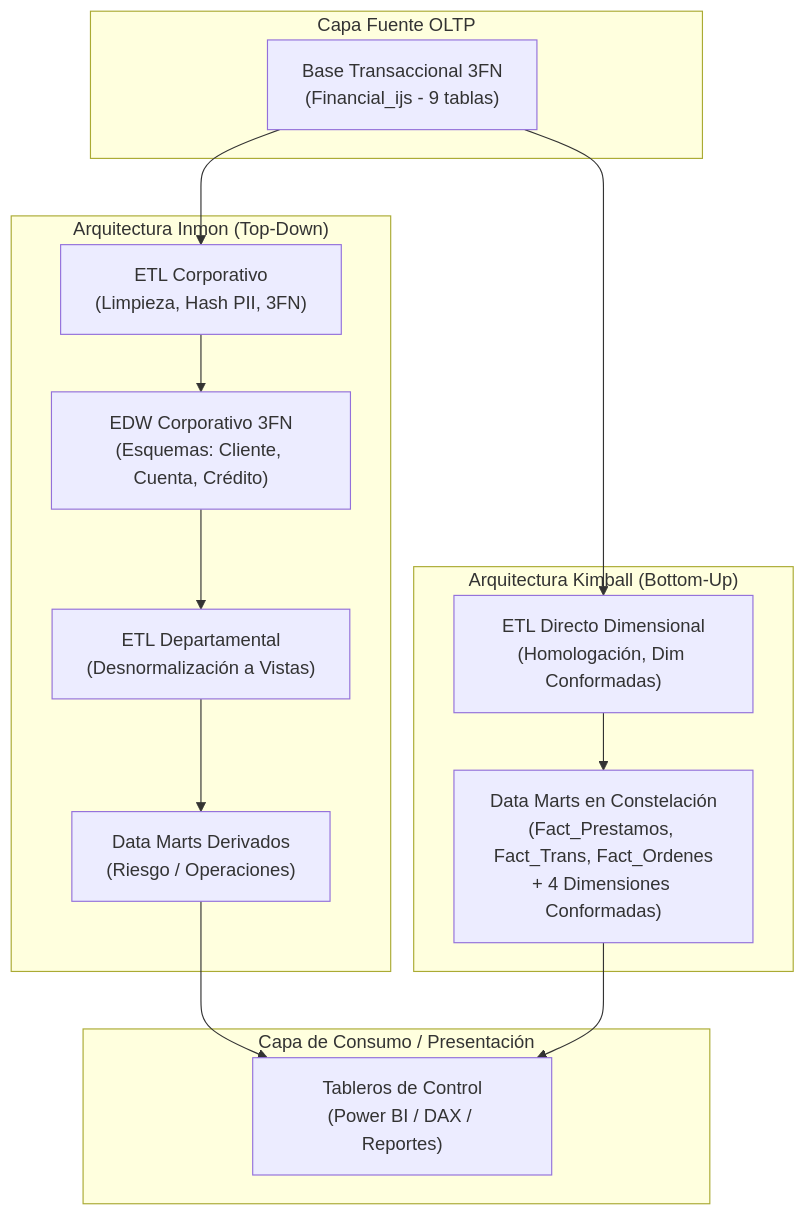
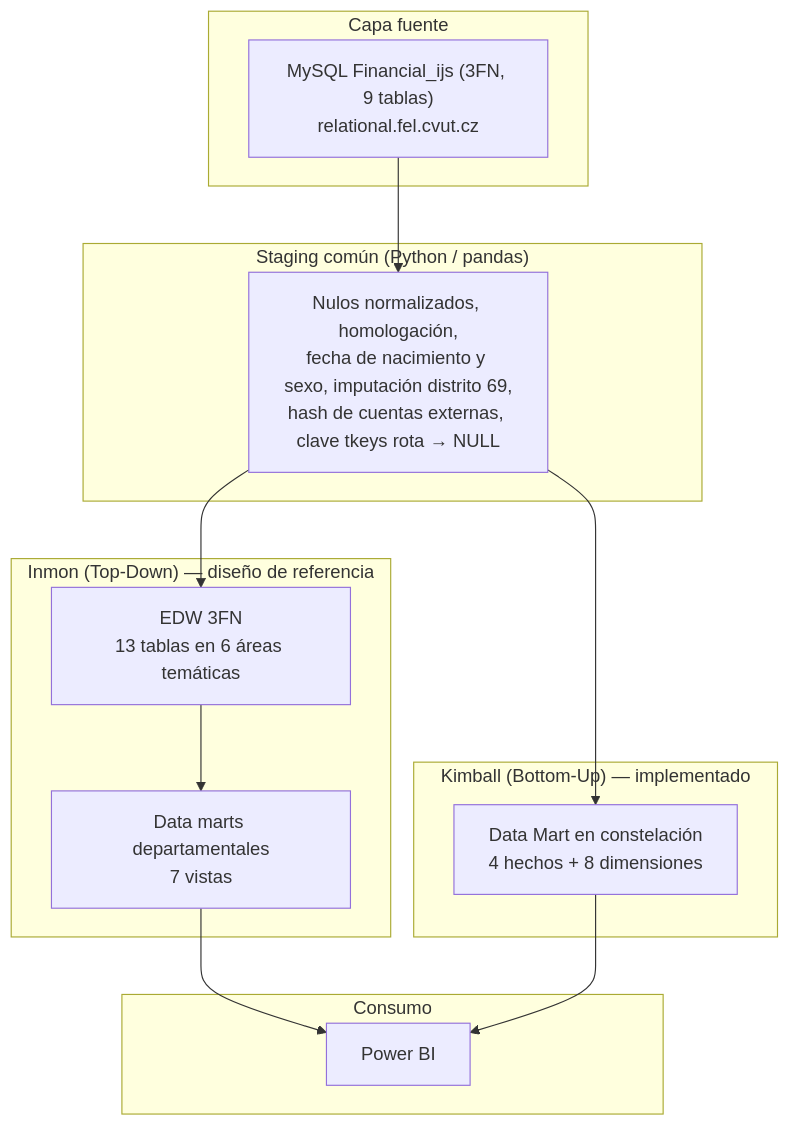
The second of 3 diagrams in 02_Analisis_Arquitecturas_Kimball_Inmon.md (Hlagua/DocumentosBi), drawn with Mermaid before and after one commit. The commit also changed other lines of this file and 23 other files, not shown here.

First line of the commit message:
feat(kimball): carta v8, arquitecturas v2, ETL OLTP->Kimball y completitud de datos verificada

````diff
--- a/02_Analisis_Arquitecturas_Kimball_Inmon.md
+++ b/02_Analisis_Arquitecturas_Kimball_Inmon.md
@@ -80,25 +113,22 @@
 ```mermaid
 flowchart TD
-    subgraph Fuente["Capa Fuente OLTP"]
-        OLTP["Base Transaccional 3FN<br>(Financial_ijs - 9 tablas)"]
+    subgraph Fuente["Capa fuente"]
+        OLTP["MySQL Financial_ijs (3FN, 9 tablas)<br>relational.fel.cvut.cz"]
     end
-
-    subgraph RutaInmon["Arquitectura Inmon (Top-Down)"]
-        ETL1["ETL Corporativo<br>(Limpieza, Hash PII, 3FN)"]
-        EDW["EDW Corporativo 3FN<br>(Esquemas: Cliente, Cuenta, Crédito)"]
-        ETL2["ETL Departamental<br>(Desnormalización a Vistas)"]
-        DM_Inmon["Data Marts Derivados<br>(Riesgo / Operaciones)"]
+    subgraph Staging["Staging común (Python / pandas)"]
+        STG["Nulos normalizados, homologación,<br>fecha de nacimiento y sexo, imputación distrito 69,<br>hash de cuentas externas, clave tkeys rota → NULL"]
     end
-
-    subgraph RutaKimball["Arquitectura Kimball (Bottom-Up)"]
-        ETL_K["ETL Directo Dimensional<br>(Homologación, Dim Conformadas)"]
-        DM_Kimball["Data Marts en Constelación<br>(Fact_Prestamos, Fact_Trans, Fact_Ordenes<br>+ 4 Dimensiones Conformadas)"]
+    subgraph RutaInmon["Inmon (Top-Down) — diseño de referencia"]
+        EDW["EDW 3FN<br>13 tablas en 6 áreas temáticas"]
+        DMI["Data marts departamentales<br>7 vistas"]
     end
-
-    subgraph Presentacion["Capa de Consumo / Presentación"]
-        PBI["Tableros de Control<br>(Power BI / DAX / Reportes)"]
+    subgraph RutaKimball["Kimball (Bottom-Up) — implementado"]
+        DMK["Data Mart en constelación<br>4 hechos + 8 dimensiones"]
     end
-
-    OLTP --> ETL1 --> EDW --> ETL2 --> DM_Inmon --> PBI
-    OLTP --> ETL_K --> DM_Kimball --> PBI
+    subgraph Consumo["Consumo"]
+        PBI["Power BI"]
+    end
+    OLTP --> STG
+    STG --> EDW --> DMI --> PBI
+    STG --> DMK --> PBI
 ```
````
